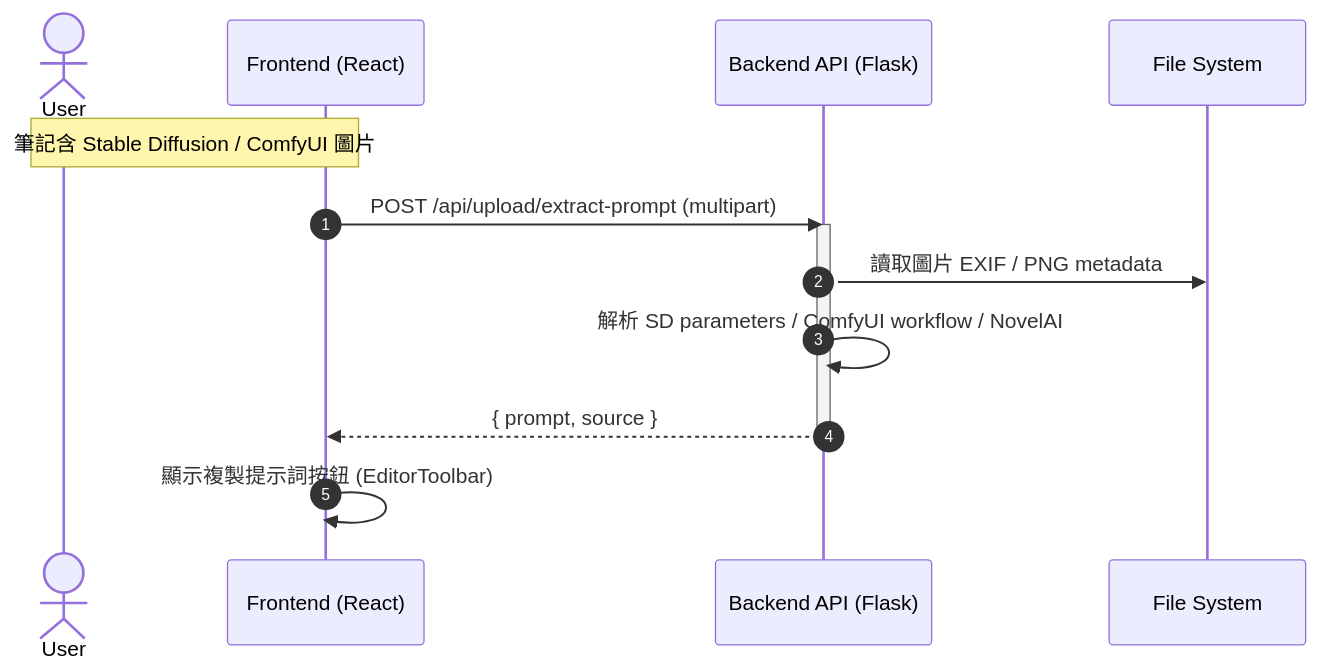
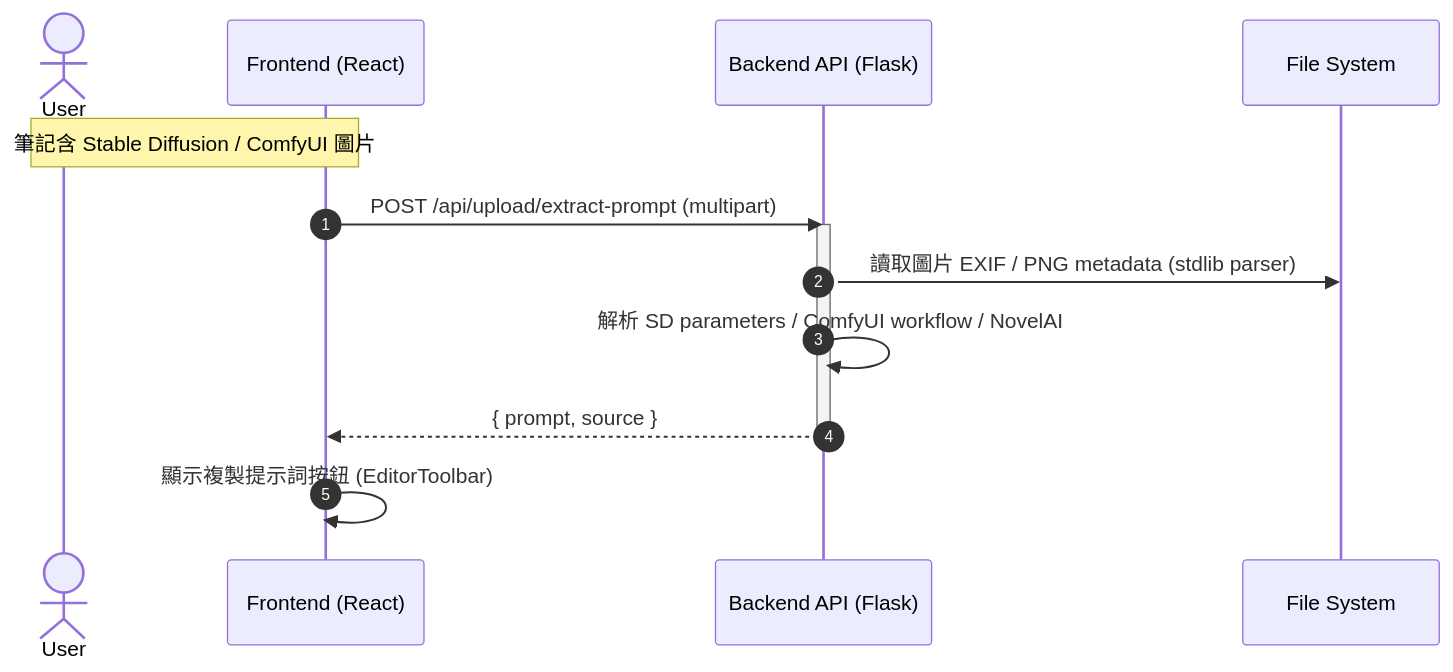
Before and after one commit to SamMask/Prism: the third of 3 diagrams in docs/SEQUENCE-UPLOAD.md, drawn with Mermaid. The commit also changed other lines of this file and 24 other files, not shown here.

````diff
--- a/docs/SEQUENCE-UPLOAD.md
+++ b/docs/SEQUENCE-UPLOAD.md
@@ -80,20 +81,20 @@
 ```mermaid
 sequenceDiagram
     autonumber
 
     actor User
     participant Frontend as Frontend (React)
     participant Backend as Backend API (Flask)
     participant FS as File System
 
     Note over User, Frontend: 筆記含 Stable Diffusion / ComfyUI 圖片
 
     Frontend->>Backend: POST /api/upload/extract-prompt (multipart)
     activate Backend
-    Backend->>FS: 讀取圖片 EXIF / PNG metadata
+    Backend->>FS: 讀取圖片 EXIF / PNG metadata (stdlib parser)
     Backend->>Backend: 解析 SD parameters / ComfyUI workflow / NovelAI
     Backend-->>Frontend: { prompt, source }
     deactivate Backend
 
     Frontend->>Frontend: 顯示複製提示詞按鈕 (EditorToolbar)
 ```
````
